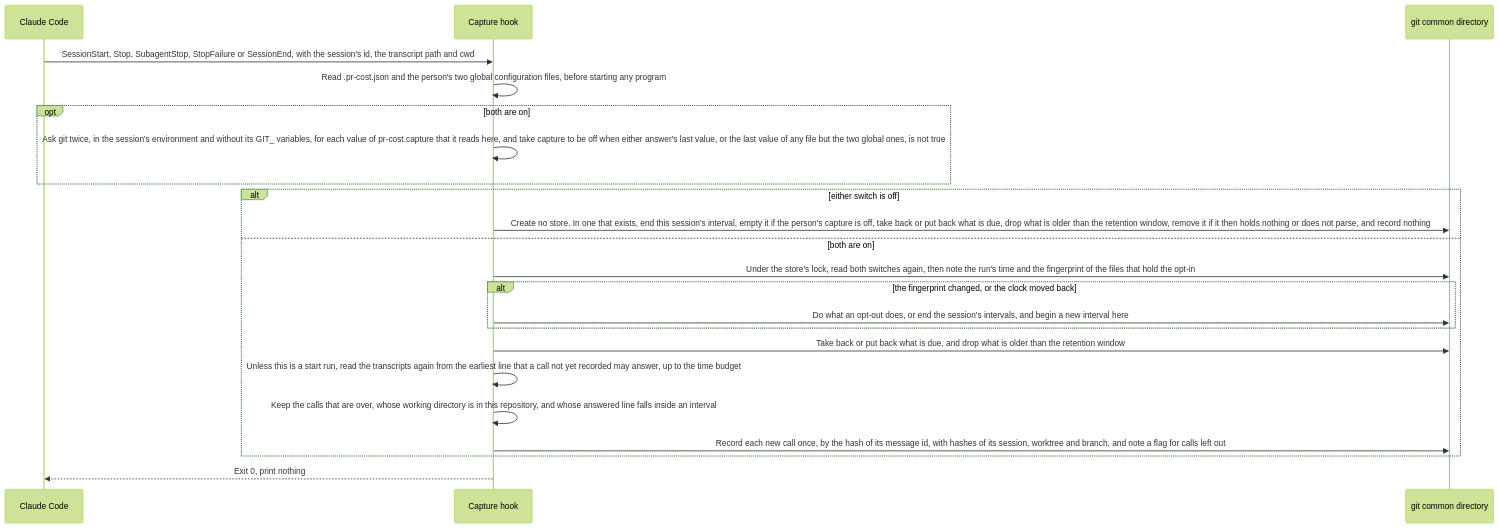
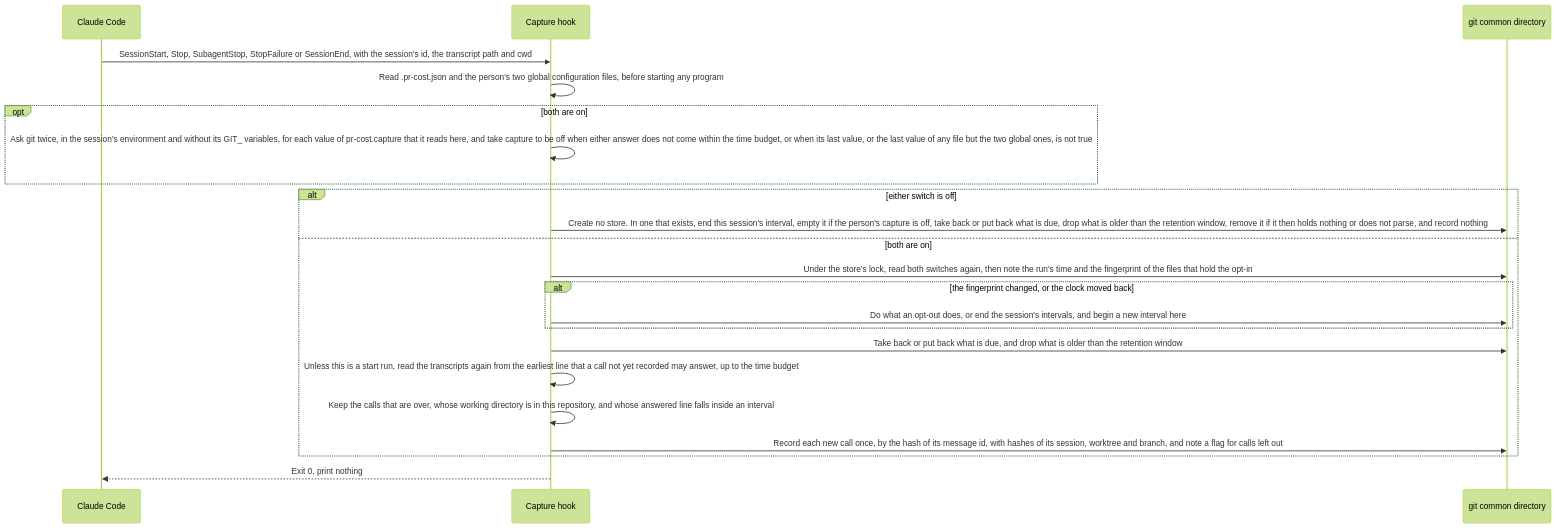
The second of 7 diagrams in docs/how-it-works.md (niko-kotiniemi-oss/agentic-pr-cost-calculator), drawn with Mermaid (forest theme) before and after one commit. The commit also changed other lines of this file and 3 other files, not shown here.

````diff
--- a/docs/how-it-works.md
+++ b/docs/how-it-works.md
@@ -92,24 +92,24 @@
 ```mermaid
 sequenceDiagram
   participant CC as Claude Code
   participant H as Capture hook
   participant G as git common directory
   CC->>H: SessionStart, Stop, SubagentStop, StopFailure or SessionEnd, with the session's id, the transcript path and cwd
   H->>H: Read .pr-cost.json and the person's two global configuration files, before starting any program
   opt both are on
-    H->>H: Ask git twice, in the session's environment and without its GIT_ variables, for each value of pr-cost.capture that it reads here, and take capture to be off when either answer's last value, or the last value of any file but the two global ones, is not true
+    H->>H: Ask git twice, in the session's environment and without its GIT_ variables, for each value of pr-cost.capture that it reads here, and take capture to be off when either answer does not come within the time budget, or when its last value, or the last value of any file but the two global ones, is not true
   end
   alt either switch is off
     H->>G: Create no store. In one that exists, end this session's interval, empty it if the person's capture is off, take back or put back what is due, drop what is older than the retention window, remove it if it then holds nothing or does not parse, and record nothing
   else both are on
     H->>G: Under the store's lock, read both switches again, then note the run's time and the fingerprint of the files that hold the opt-in
     alt the fingerprint changed, or the clock moved back
       H->>G: Do what an opt-out does, or end the session's intervals, and begin a new interval here
     end
     H->>G: Take back or put back what is due, and drop what is older than the retention window
     H->>H: Unless this is a start run, read the transcripts again from the earliest line that a call not yet recorded may answer, up to the time budget
     H->>H: Keep the calls that are over, whose working directory is in this repository, and whose answered line falls inside an interval
     H->>G: Record each new call once, by the hash of its message id, with hashes of its session, worktree and branch, and note a flag for calls left out
   end
   H-->>CC: Exit 0, print nothing
 ```
````
